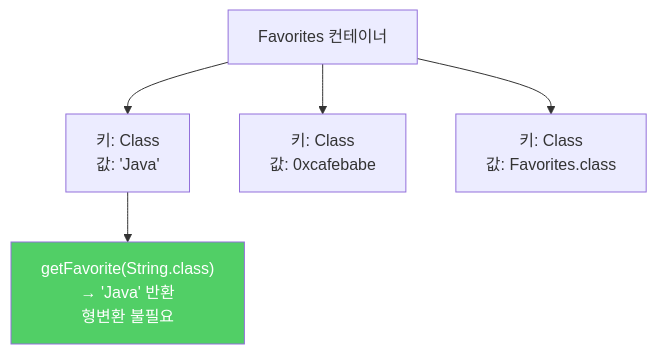
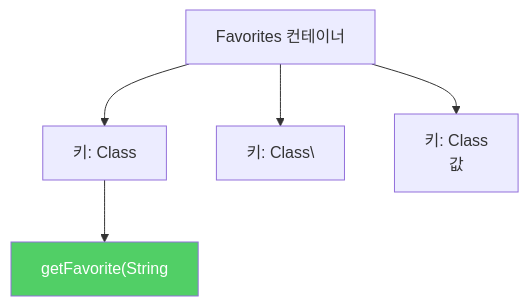
Before and after one commit to yjkim2015/yjkim2015.github.io: the first of 2 diagrams in _posts/java/2022-01-11-effective-java33.md, drawn with Mermaid. The commit also changed other lines of this file and 271 other files, not shown here.

First line of the commit message:
Mermaid 라벨 축소: 긴 노드 텍스트 18자 이하로 트림 + \n 제거

````diff
--- a/_posts/java/2022-01-11-effective-java33.md
+++ b/_posts/java/2022-01-11-effective-java33.md
@@ -53,8 +53,8 @@
 ```mermaid
 graph TD
-    A["Favorites 컨테이너"] --> B["키: Class<String>\n값: 'Java'"]
-    A --> C["키: Class<Integer>\n값: 0xcafebabe"]
-    A --> D["키: Class<Class>\n값: Favorites.class"]
-    B --> E["getFavorite(String.class)\n→ 'Java' 반환\n형변환 불필요"]
+    A["Favorites 컨테이너"] --> B["키: Class<String>\n"]
+    A --> C["키: Class<Integer>\"]
+    A --> D["키: Class<Class>\n값"]
+    B --> E["getFavorite(String"]
     style E fill:#51cf66,color:#fff
 ```
````
